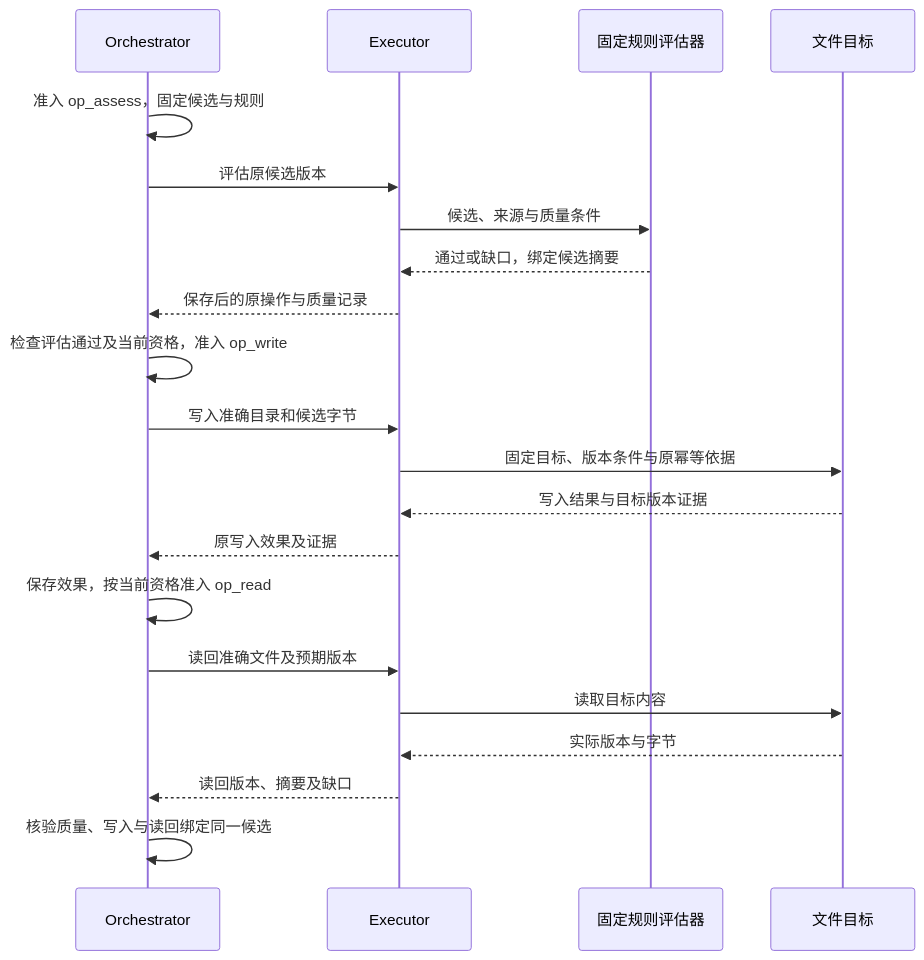
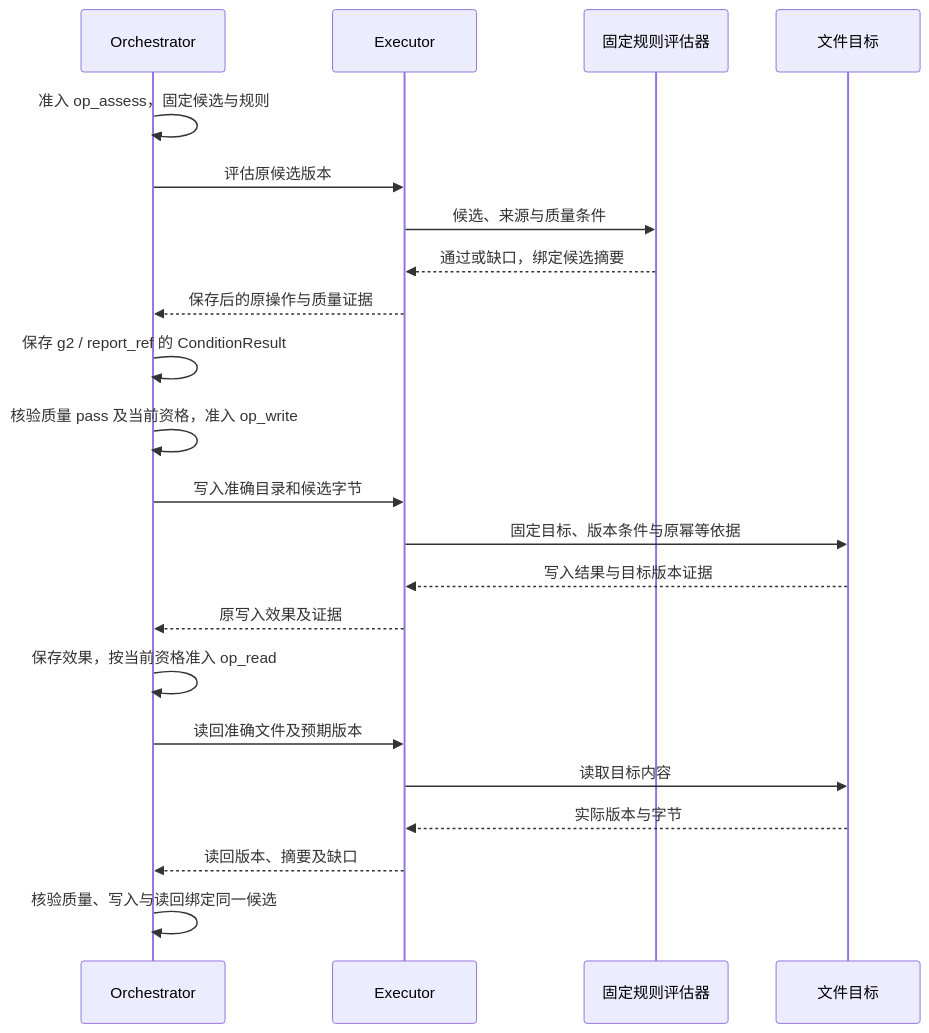
One commit to ruipengliu/lerna changed the second of 4 diagrams in docs/architecture/walkthrough.md. Above: the diagram before and after it, drawn with Mermaid. The commit also changed other lines of this file and 83 other files, not shown here.

Commit message:
docs: refine architecture design and verification contracts

````diff
--- a/docs/architecture/walkthrough.md
+++ b/docs/architecture/walkthrough.md
@@ -35,23 +58,24 @@
 ```mermaid
 sequenceDiagram
     participant H as Orchestrator
     participant E as Executor
     participant Q as 固定规则评估器
     participant F as 文件目标
     H->>H: 准入 op_assess，固定候选与规则
     H->>E: 评估原候选版本
     E->>Q: 候选、来源与质量条件
     Q-->>E: 通过或缺口，绑定候选摘要
-    E-->>H: 保存后的原操作与质量记录
-    H->>H: 检查评估通过及当前资格，准入 op_write
+    E-->>H: 保存后的原操作与质量证据
+    H->>H: 保存 g2 / report_ref 的 ConditionResult
+    H->>H: 核验质量 pass 及当前资格，准入 op_write
     H->>E: 写入准确目录和候选字节
     E->>F: 固定目标、版本条件与原幂等依据
     F-->>E: 写入结果与目标版本证据
     E-->>H: 原写入效果及证据
     H->>H: 保存效果，按当前资格准入 op_read
     H->>E: 读回准确文件及预期版本
     E->>F: 读取目标内容
     F-->>E: 实际版本与字节
     E-->>H: 读回版本、摘要及缺口
     H->>H: 核验质量、写入与读回绑定同一候选
 ```
````
